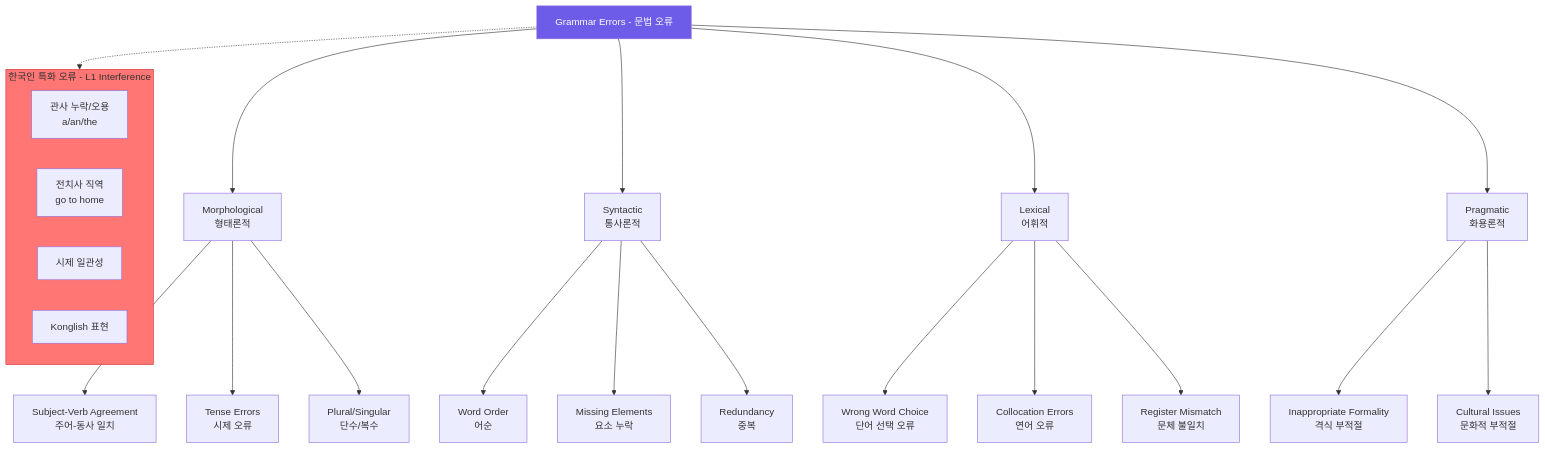
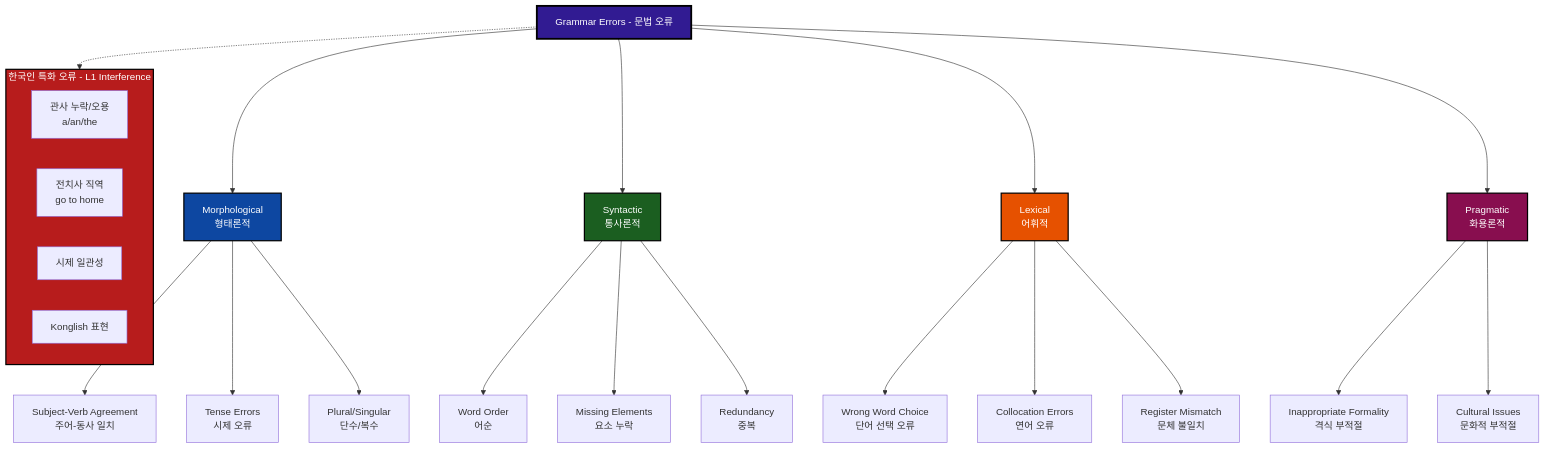
Before and after one commit to 1282saa/ringringv2: the fifth of 7 diagrams in docs/DIAGRAMS.md, drawn with Mermaid. The commit also changed other lines of this file, not shown here.

First line of the commit message:
docs: 다이어그램 색상 대비 개선

````diff
--- a/docs/DIAGRAMS.md
+++ b/docs/DIAGRAMS.md
@@ -209,36 +216,40 @@
 ```mermaid
 flowchart TB
     ROOT["Grammar Errors - 문법 오류"]
 
     ROOT --> M["Morphological<br/>형태론적"]
     ROOT --> S["Syntactic<br/>통사론적"]
     ROOT --> L["Lexical<br/>어휘적"]
     ROOT --> PR["Pragmatic<br/>화용론적"]
 
     M --> M1["Subject-Verb Agreement<br/>주어-동사 일치"]
     M --> M2["Tense Errors<br/>시제 오류"]
     M --> M3["Plural/Singular<br/>단수/복수"]
 
     S --> S1["Word Order<br/>어순"]
     S --> S2["Missing Elements<br/>요소 누락"]
     S --> S3["Redundancy<br/>중복"]
 
     L --> L1["Wrong Word Choice<br/>단어 선택 오류"]
     L --> L2["Collocation Errors<br/>연어 오류"]
     L --> L3["Register Mismatch<br/>문체 불일치"]
 
     PR --> PR1["Inappropriate Formality<br/>격식 부적절"]
     PR --> PR2["Cultural Issues<br/>문화적 부적절"]
 
     subgraph L1INT["한국인 특화 오류 - L1 Interference"]
         K1["관사 누락/오용<br/>a/an/the"]
         K2["전치사 직역<br/>go to home"]
         K3["시제 일관성"]
         K4["Konglish 표현"]
     end
 
     ROOT -.-> L1INT
 
-    style ROOT fill:#6c5ce7,color:#fff
-    style L1INT fill:#ff7675,stroke:#d63031
+    style ROOT fill:#311b92,stroke:#000,stroke-width:3px,color:#fff
+    style M fill:#0d47a1,stroke:#000,stroke-width:2px,color:#fff
+    style S fill:#1b5e20,stroke:#000,stroke-width:2px,color:#fff
+    style L fill:#e65100,stroke:#000,stroke-width:2px,color:#fff
+    style PR fill:#880e4f,stroke:#000,stroke-width:2px,color:#fff
+    style L1INT fill:#b71c1c,stroke:#000,stroke-width:2px,color:#fff
 ```
````
